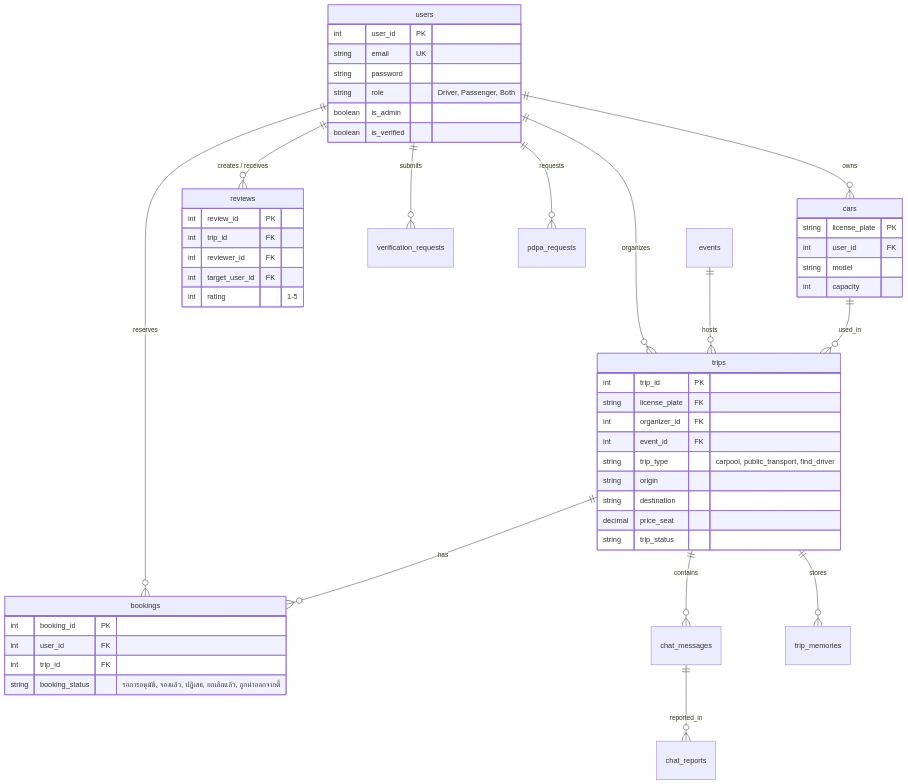
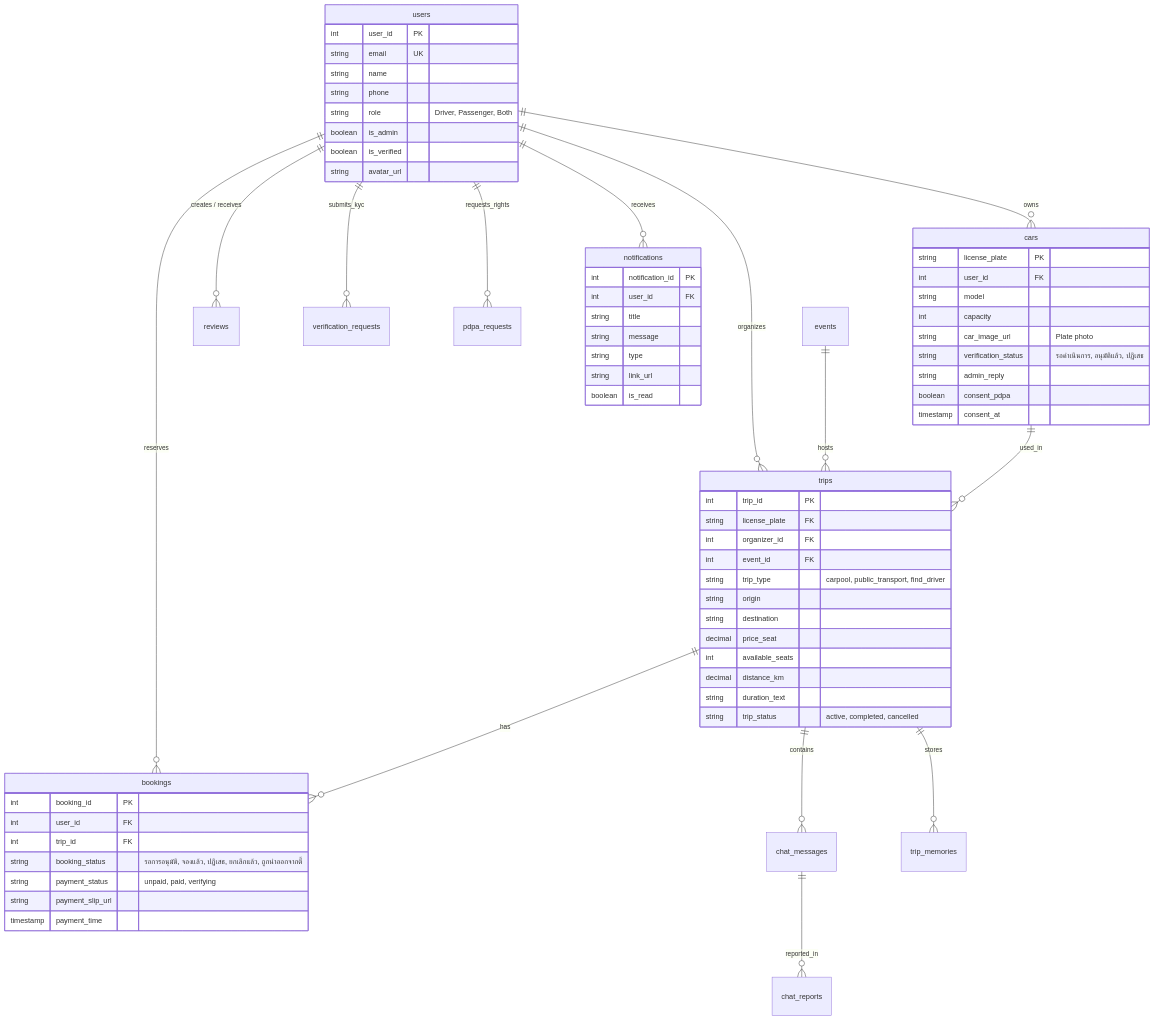
Before and after one commit to Lunasias/iko-share: the second of 3 diagrams in PROJECT_DEFENSE_GUIDE.md, drawn with Mermaid. The commit also changed other lines of this file, not shown here.

Commit message:
docs: update project defense guide to v2.3.0 covering vehicle verification, PDPA consent, Google Maps, performance optimizations, and updated Q&A

````diff
--- a/PROJECT_DEFENSE_GUIDE.md
+++ b/PROJECT_DEFENSE_GUIDE.md
@@ -105,56 +127,72 @@
 ```mermaid
 erDiagram
     users ||--o{ cars : "owns"
     users ||--o{ trips : "organizes"
     users ||--o{ bookings : "reserves"
     users ||--o{ reviews : "creates / receives"
-    users ||--o{ verification_requests : "submits"
-    users ||--o{ pdpa_requests : "requests"
+    users ||--o{ verification_requests : "submits_kyc"
+    users ||--o{ pdpa_requests : "requests_rights"
+    users ||--o{ notifications : "receives"
     
     events ||--o{ trips : "hosts"
     cars ||--o{ trips : "used_in"
     trips ||--o{ bookings : "has"
     trips ||--o{ chat_messages : "contains"
     trips ||--o{ trip_memories : "stores"
     
     chat_messages ||--o{ chat_reports : "reported_in"
 
     users {
         int user_id PK
         string email UK
-        string password
+        string name
+        string phone
         string role "Driver, Passenger, Both"
         boolean is_admin
         boolean is_verified
+        string avatar_url
     }
     cars {
         string license_plate PK
         int user_id FK
         string model
         int capacity
+        string car_image_url "Plate photo"
+        string verification_status "รอดำเนินการ, อนุมัติแล้ว, ปฏิเสธ"
+        string admin_reply
+        boolean consent_pdpa
+        timestamp consent_at
     }
     trips {
         int trip_id PK
         string license_plate FK
         int organizer_id FK
         int event_id FK
         string trip_type "carpool, public_transport, find_driver"
         string origin
         string destination
         decimal price_seat
-        string trip_status
+        int available_seats
+        decimal distance_km
+        string duration_text
+        string trip_status "active, completed, cancelled"
     }
     bookings {
         int booking_id PK
         int user_id FK
         int trip_id FK
         string booking_status "รอการอนุมัติ, จองแล้ว, ปฏิเสธ, ยกเลิกแล้ว, ถูกนำออกจากตี้"
+        string payment_status "unpaid, paid, verifying"
+        string payment_slip_url
+        timestamp payment_time
     }
-    reviews {
-        int review_id PK
-        int trip_id FK
-        int reviewer_id FK
-        int target_user_id FK
-        int rating "1-5"
+    notifications {
+        int notification_id PK
+        int user_id FK
+        string title
+        string message
+        string type
+        string link_url
+        boolean is_read
     }
 ```
````
